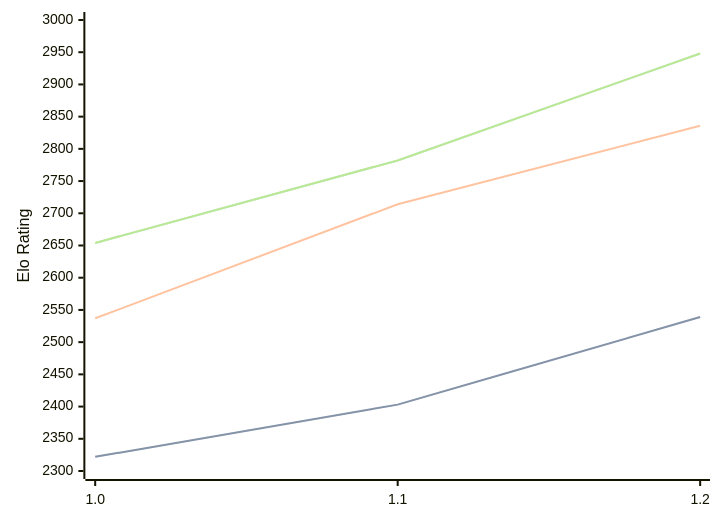
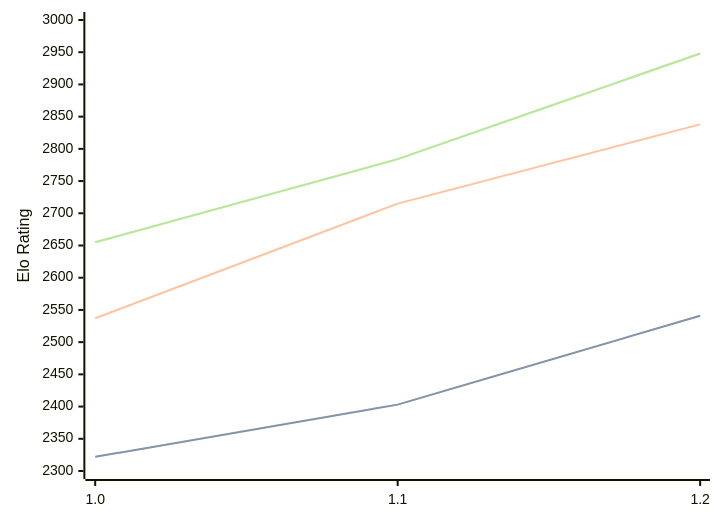
One commit to computer-chess-index/cci changed the diagram in engines/FoxChess.md. Above: the diagram before and after it, drawn with Mermaid. The commit also changed other lines of this file, not shown here.

Commit message:
Update CCI Ratings (ELO VLTC) - 2026-10-08

````diff
--- a/engines/FoxChess.md
+++ b/engines/FoxChess.md
@@ -33,11 +33,11 @@
 ```mermaid
 %%{init: {"theme":"base","themeVariables":{"seriesColors:['#a3a3a3','#222221','#faa371']}}}%%
 xychart-beta
   x-axis ["1.0", "1.1", "1.2"]
   y-axis "Elo Rating" 2300 --> 3000
-  line "" [2322, 2403, 2539]
-  line "STC (8.0+0.08s)" [2322, 2403, 2539]
-  line "LTC (60.0+0.60s)" [2537, 2714, 2836]
-  line "" [2654, 2782, 2948]
-  line "VLTC (2m24s+1.12s)" [2654, 2782, 2948]
+  line "" [2322, 2403, 2541]
+  line "STC (8.0+0.08s)" [2322, 2403, 2541]
+  line "LTC (60.0+0.60s)" [2537, 2715, 2838]
+  line "" [2655, 2784, 2948]
+  line "VLTC (2m24s+1.12s)" [2655, 2784, 2948]
 ```
````
